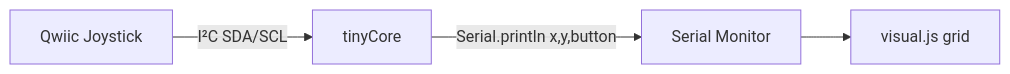
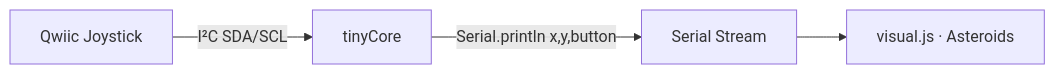
The diagram in demo/Joystick Example/README.md (Mister-Industries/tinyStudio), drawn with Mermaid before and after one commit. The commit also changed other lines of this file and 36 other files, not shown here.

````diff
--- a/demo/Joystick Example/README.md
+++ b/demo/Joystick Example/README.md
@@ -25,6 +17,6 @@
 ```mermaid
 flowchart LR
   JOY[Qwiic Joystick] -->|I²C SDA/SCL| MCU[tinyCore]
-  MCU -->|Serial.println x,y,button| MON[Serial Monitor]
-  MON --> VIS[visual.js grid]
+  MCU -->|"Serial.println x,y,button"| MON[Serial Stream]
+  MON --> VIS[visual.js · Asteroids]
 ```
````
